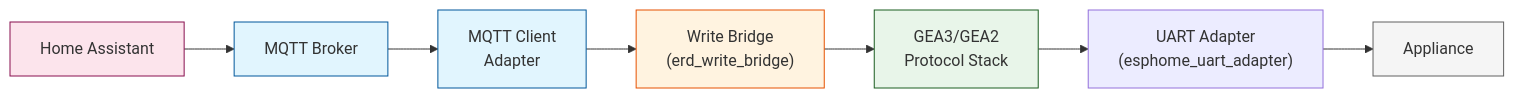
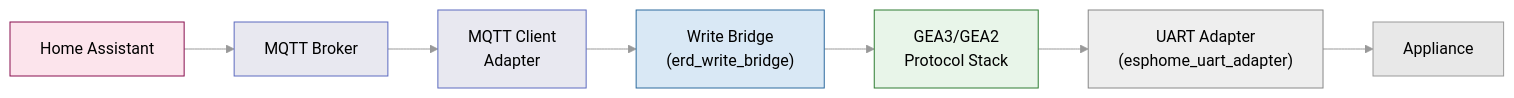
One commit to eddietheengineer/home-assistant-bridge-esphome changed the second of 3 diagrams in docs/architecture/data-flow.md. Above: the diagram before and after it, drawn with Mermaid. The commit also changed other lines of this file and 9 other files, not shown here.

````diff
--- a/docs/architecture/data-flow.md
+++ b/docs/architecture/data-flow.md
@@ -56,21 +57,22 @@
 ```mermaid
+%%{init: {"theme":"neutral","themeVariables":{"primaryColor":"#4a90d9","primaryBorderColor":"#2c6a9e","primaryTextColor":"#1a1a1a","secondaryColor":"#d9e8f5","tertiaryColor":"#f0f0f0","lineColor":"#999999","clusterBkg":"#f5f5f5","clusterBorder":"#aaaaaa","fontFamily":"monospace","nodeBorder":"#888888","edgeLabelBackground":"#ffffff"}}}%%
 graph LR
     HA["Home Assistant"] --> BROKER["MQTT Broker"]
     BROKER --> MQTT["MQTT Client<br/>Adapter"]
     MQTT --> WRITE["Write Bridge<br/>(erd_write_bridge)"]
     WRITE --> PROTOCOL["GEA3/GEA2<br/>Protocol Stack"]
     PROTOCOL --> UART["UART Adapter<br/>(esphome_uart_adapter)"]
     UART --> APPLIANCE["Appliance"]
 
-    classDef appliance fill:#f5f5f5,stroke:#616161
-    classDef protocol fill:#e8f5e9,stroke:#1b5e20
-    classDef bridge fill:#fff3e0,stroke:#e65100
-    classDef mqtt fill:#e1f5fe,stroke:#01579b
+    classDef appliance fill:#e8e8e8,stroke:#999999
+    classDef protocol fill:#e8f5e9,stroke:#2e7d32
+    classDef bridge fill:#d9e8f5,stroke:#2c6a9e
+    classDef mqtt fill:#e8e8f0,stroke:#5c6bc0
     classDef ha fill:#fce4ec,stroke:#880e4f
 
     class APPLIANCE appliance
     class PROTOCOL protocol
     class WRITE bridge
     class MQTT,BROKER mqtt
     class HA ha
 ```
````
